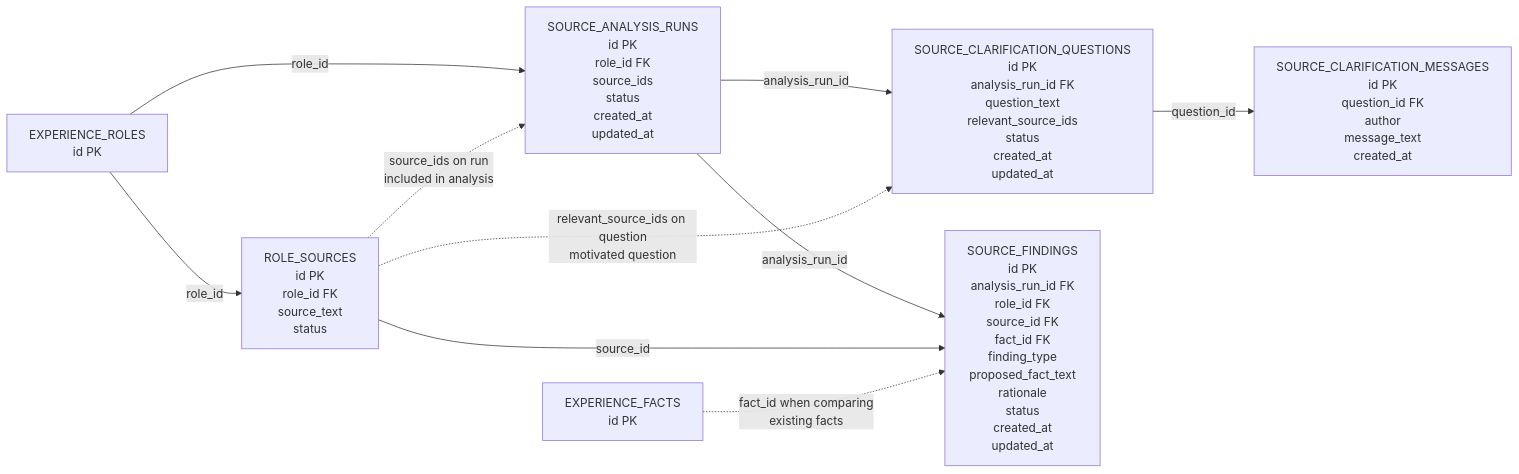
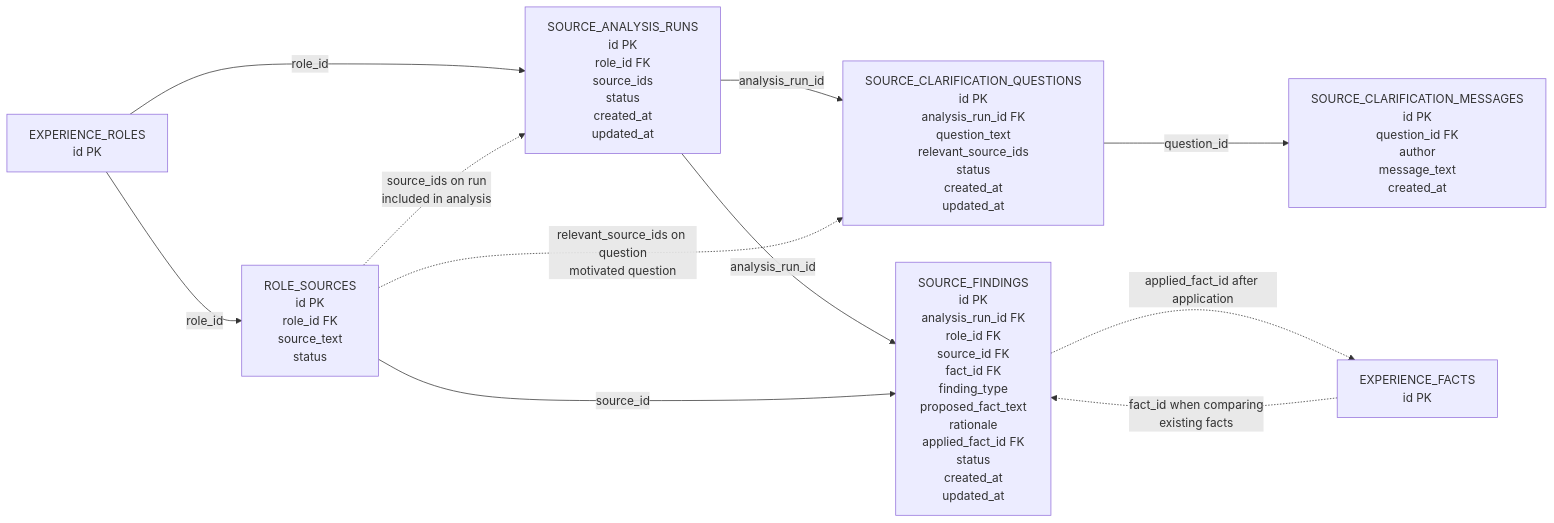
Before and after one commit to rsauers0/career-agent: the second of 3 diagrams in docs/er-diagram.md, drawn with Mermaid. The commit also changed other lines of this file and 16 other files, not shown here.

First line of the commit message:
feat: apply accepted source findings to facts

````diff
--- a/docs/er-diagram.md
+++ b/docs/er-diagram.md
@@ -33,26 +33,27 @@
 ```mermaid
 flowchart LR
     Roles["EXPERIENCE_ROLES<br/>id PK"]
 
     Sources["ROLE_SOURCES<br/>id PK<br/>role_id FK<br/>source_text<br/>status"]
 
     Runs["SOURCE_ANALYSIS_RUNS<br/>id PK<br/>role_id FK<br/>source_ids<br/>status<br/>created_at<br/>updated_at"]
 
     Questions["SOURCE_CLARIFICATION_QUESTIONS<br/>id PK<br/>analysis_run_id FK<br/>question_text<br/>relevant_source_ids<br/>status<br/>created_at<br/>updated_at"]
 
     Messages["SOURCE_CLARIFICATION_MESSAGES<br/>id PK<br/>question_id FK<br/>author<br/>message_text<br/>created_at"]
 
-    Findings["SOURCE_FINDINGS<br/>id PK<br/>analysis_run_id FK<br/>role_id FK<br/>source_id FK<br/>fact_id FK<br/>finding_type<br/>proposed_fact_text<br/>rationale<br/>status<br/>created_at<br/>updated_at"]
+    Findings["SOURCE_FINDINGS<br/>id PK<br/>analysis_run_id FK<br/>role_id FK<br/>source_id FK<br/>fact_id FK<br/>finding_type<br/>proposed_fact_text<br/>rationale<br/>applied_fact_id FK<br/>status<br/>created_at<br/>updated_at"]
 
     Facts["EXPERIENCE_FACTS<br/>id PK"]
 
     Roles -->|"role_id"| Sources
     Roles -->|"role_id"| Runs
     Sources -. "source_ids on run<br/>included in analysis" .-> Runs
     Runs -->|"analysis_run_id"| Questions
     Runs -->|"analysis_run_id"| Findings
     Sources -. "relevant_source_ids on question<br/>motivated question" .-> Questions
     Sources -->|"source_id"| Findings
     Facts -. "fact_id when comparing<br/>existing facts" .-> Findings
+    Findings -. "applied_fact_id after application" .-> Facts
     Questions -->|"question_id"| Messages
 ```
````
